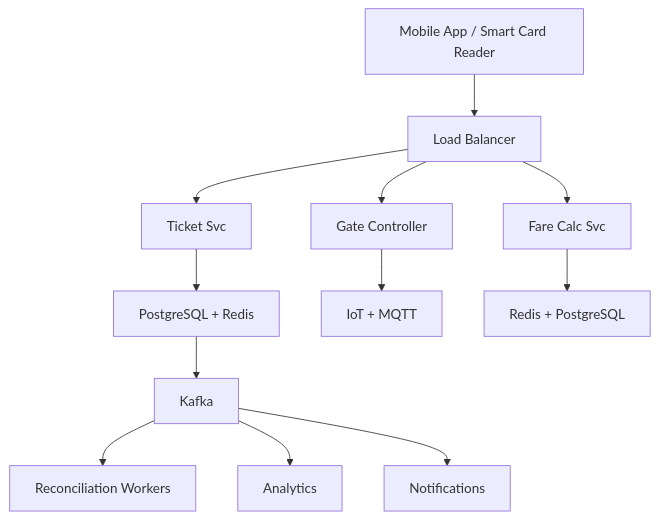
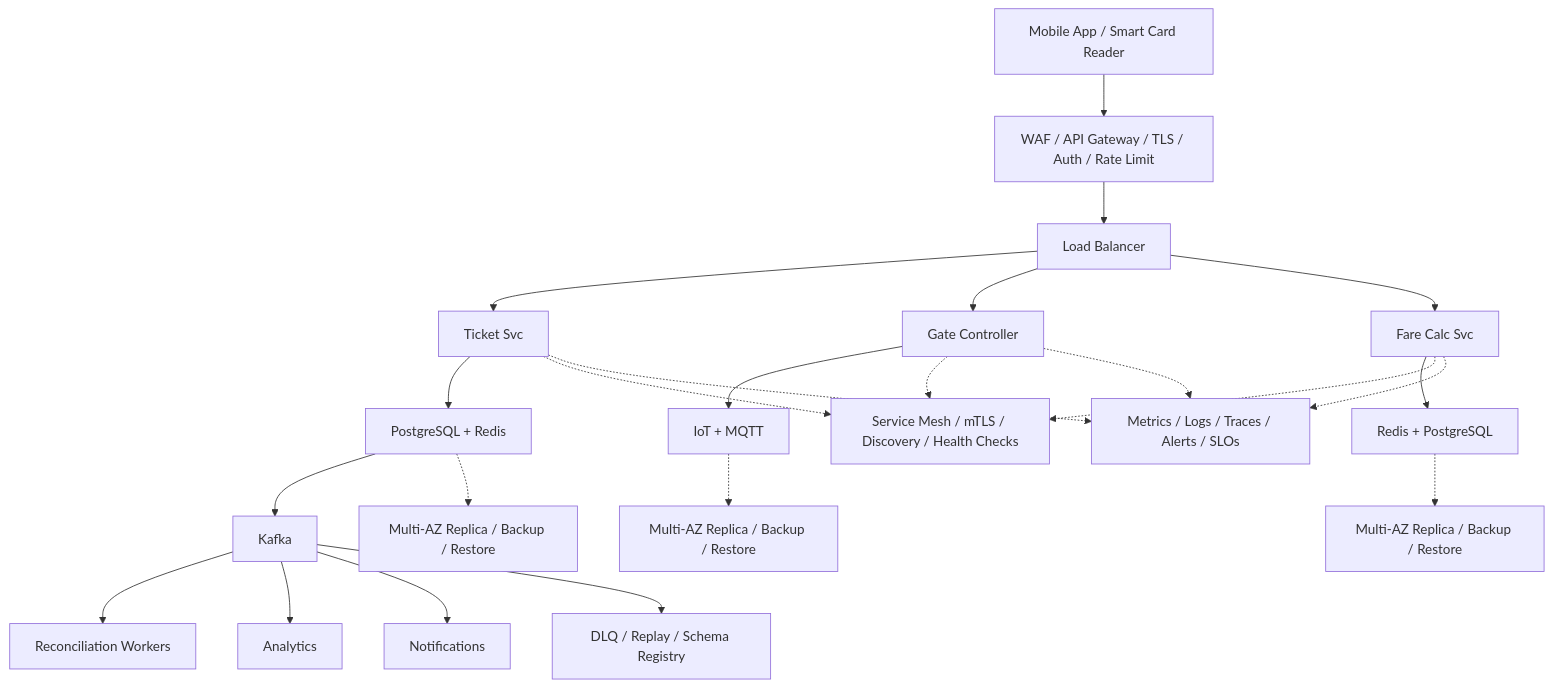
The diagram in system-design-metro-ticketing.md (aishwary11/system-design), drawn with Mermaid before and after one commit. The commit also changed 31 other files, not shown here.

Commit message:
Add production-grade architecture details

````diff
--- a/system-design-metro-ticketing.md
+++ b/system-design-metro-ticketing.md
@@ -44,14 +44,25 @@
 ```mermaid
 flowchart TB
-    clients["Mobile App / Smart Card Reader"] --> lb["Load Balancer"]
+    clients["Mobile App / Smart Card Reader"] --> edge["WAF / API Gateway / TLS / Auth / Rate Limit"]
+    edge --> lb["Load Balancer"]
     lb --> svc0["Ticket Svc"]
     lb --> svc1["Gate Controller"]
     lb --> svc2["Fare Calc Svc"]
     svc0 --> store0["PostgreSQL + Redis"]
     svc1 --> store1["IoT + MQTT"]
     svc2 --> store2["Redis + PostgreSQL"]
     store0 --> stream["Kafka"]
     stream --> worker0["Reconciliation Workers"]
     stream --> worker1["Analytics"]
     stream --> worker2["Notifications"]
+    svc0 -.-> platform["Service Mesh / mTLS / Discovery / Health Checks"]
+    svc1 -.-> platform
+    svc2 -.-> platform
+    store0 -.-> backup0["Multi-AZ Replica / Backup / Restore"]
+    store1 -.-> backup1["Multi-AZ Replica / Backup / Restore"]
+    store2 -.-> backup2["Multi-AZ Replica / Backup / Restore"]
+    stream --> dlq["DLQ / Replay / Schema Registry"]
+    svc0 -.-> ops["Metrics / Logs / Traces / Alerts / SLOs"]
+    svc1 -.-> ops
+    svc2 -.-> ops
 ```
````
